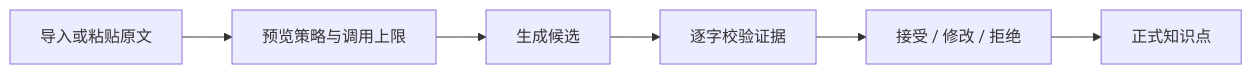
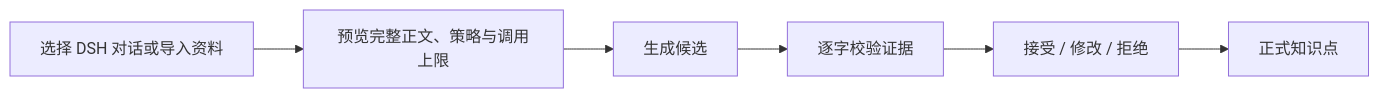
One commit to Zer0Rin/betterlearn-for-dsh changed the diagram in README.md. Above: the diagram before and after it, drawn with Mermaid. The commit also changed other lines of this file and 4 other files, not shown here.

````diff
--- a/README.md
+++ b/README.md
@@ -23,8 +25,8 @@
 ```mermaid
 flowchart LR
-    A[导入或粘贴原文] --> B[预览策略与调用上限]
+    A[选择 DSH 对话或导入资料] --> B[预览完整正文、策略与调用上限]
     B --> C[生成候选]
     C --> D[逐字校验证据]
     D --> E[接受 / 修改 / 拒绝]
     E --> F[正式知识点]
 ```
````
